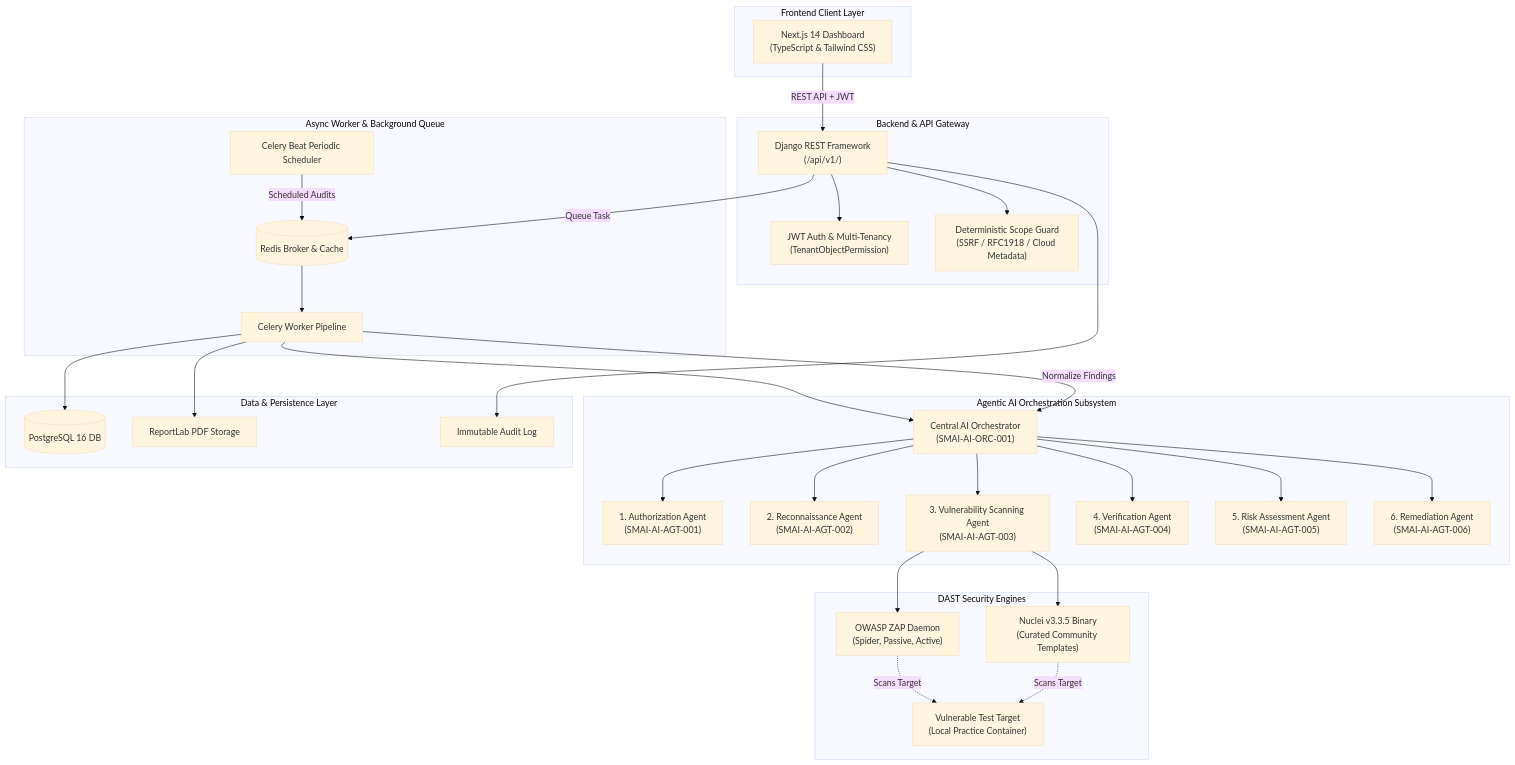
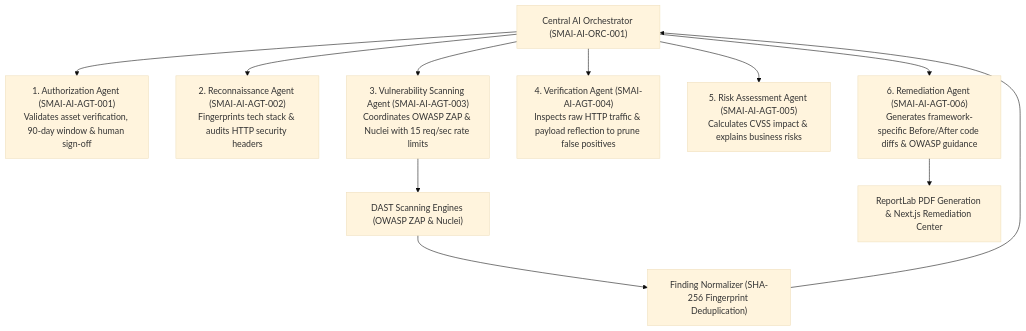
The second of 2 diagrams in README.md (temesgenzelalem/Securemind-ai), drawn with Mermaid (base theme) before and after one commit. The commit also changed other lines of this file and 2 other files, not shown here.

````diff
--- a/README.md
+++ b/README.md
@@ -48,65 +126,13 @@
 ```mermaid
 flowchart TD
-    subgraph ClientLayer["Frontend Client Layer"]
-        UI["Next.js 14 Dashboard\n(TypeScript & Tailwind CSS)"]
-    end
-
-    subgraph APILayer["Backend & API Gateway"]
-        DRF["Django REST Framework\n(/api/v1/)"]
-        JWT["JWT Auth & Multi-Tenancy\n(TenantObjectPermission)"]
-        SSRF["Deterministic Scope Guard\n(SSRF / RFC1918 / Cloud Metadata)"]
-    end
-
-    subgraph AsyncLayer["Async Worker & Background Queue"]
-        Redis[("Redis Broker & Cache")]
-        Celery["Celery Worker Pipeline"]
-        Beat["Celery Beat Periodic Scheduler"]
-    end
-
-    subgraph ScannerLayer["DAST Security Engines"]
-        ZAP["OWASP ZAP Daemon\n(Spider, Passive, Active)"]
-        Nuclei["Nuclei v3.3.5 Binary\n(Curated Community Templates)"]
-        TestApp["Vulnerable Test Target\n(Local Practice Container)"]
-    end
-
-    subgraph AILayer["Agentic AI Orchestration Subsystem"]
-        Orchestrator["Central AI Orchestrator\n(SMAI-AI-ORC-001)"]
-        A1["1. Authorization Agent\n(SMAI-AI-AGT-001)"]
-        A2["2. Reconnaissance Agent\n(SMAI-AI-AGT-002)"]
-        A3["3. Vulnerability Scanning Agent\n(SMAI-AI-AGT-003)"]
-        A4["4. Verification Agent\n(SMAI-AI-AGT-004)"]
-        A5["5. Risk Assessment Agent\n(SMAI-AI-AGT-005)"]
-        A6["6. Remediation Agent\n(SMAI-AI-AGT-006)"]
-    end
-
-    subgraph StorageLayer["Data & Persistence Layer"]
-        Postgres[("PostgreSQL 16 DB")]
-        Reports["ReportLab PDF Storage"]
-        Audit["Immutable Audit Log"]
-    end
-
-    UI -->|REST API + JWT| DRF
-    DRF --> JWT
-    DRF --> SSRF
-    DRF -->|Queue Task| Redis
-    Redis --> Celery
-    Beat -->|Scheduled Audits| Redis
-
-    Celery --> Orchestrator
-    Orchestrator --> A1
-    Orchestrator --> A2
-    Orchestrator --> A3
-    A3 --> ZAP
-    A3 --> Nuclei
-    ZAP -.->|Scans Target| TestApp
-    Nuclei -.->|Scans Target| TestApp
-
-    Celery -->|Normalize Findings| Orchestrator
-    Orchestrator --> A4
-    Orchestrator --> A5
-    Orchestrator --> A6
-
-    Celery --> Postgres
-    Celery --> Reports
-    DRF --> Audit
+    Orch["Central AI Orchestrator (SMAI-AI-ORC-001)"] --> A1["1. Authorization Agent (SMAI-AI-AGT-001)\nValidates asset verification, 90-day window & human sign-off"]
+    Orch --> A2["2. Reconnaissance Agent (SMAI-AI-AGT-002)\nFingerprints tech stack & audits HTTP security headers"]
+    Orch --> A3["3. Vulnerability Scanning Agent (SMAI-AI-AGT-003)\nCoordinates OWASP ZAP & Nuclei with 15 req/sec rate limits"]
+    A3 --> Scanners["DAST Scanning Engines (OWASP ZAP & Nuclei)"]
+    Scanners --> Norm["Finding Normalizer (SHA-256 Fingerprint Deduplication)"]
+    Norm --> Orch
+    Orch --> A4["4. Verification Agent (SMAI-AI-AGT-004)\nInspects raw HTTP traffic & payload reflection to prune false positives"]
+    Orch --> A5["5. Risk Assessment Agent (SMAI-AI-AGT-005)\nCalculates CVSS impact & explains business risks"]
+    Orch --> A6["6. Remediation Agent (SMAI-AI-AGT-006)\nGenerates framework-specific Before/After code diffs & OWASP guidance"]
+    A6 --> Out["ReportLab PDF Generation & Next.js Remediation Center"]
 ```
````
